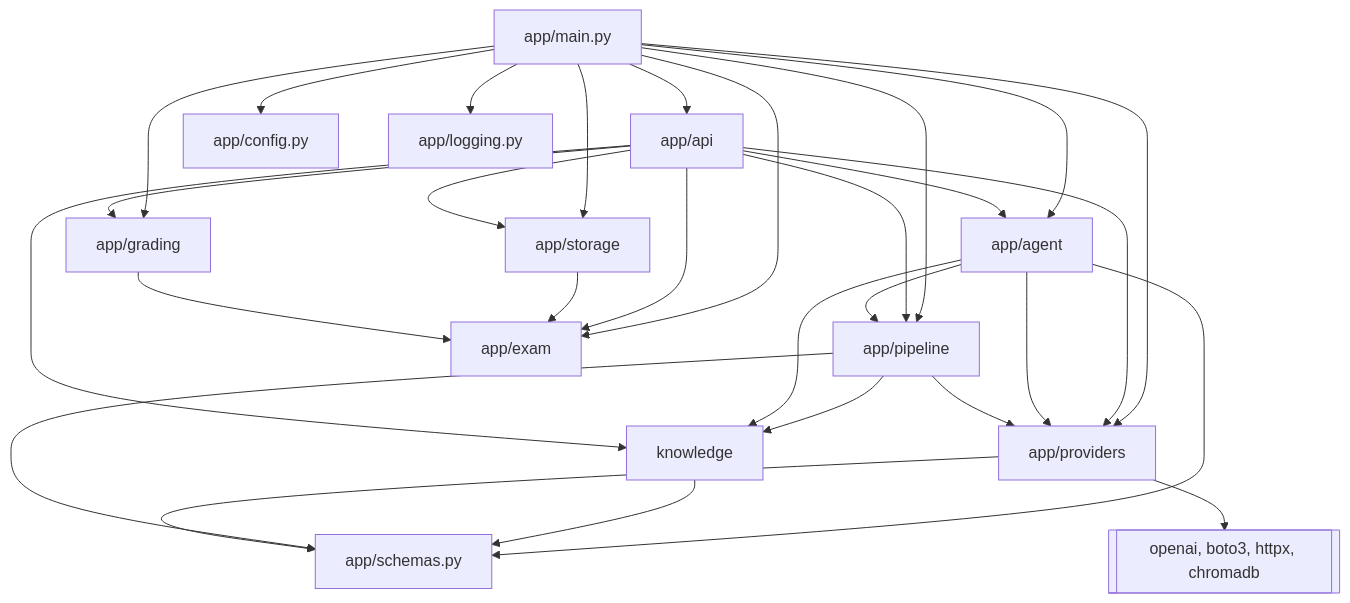
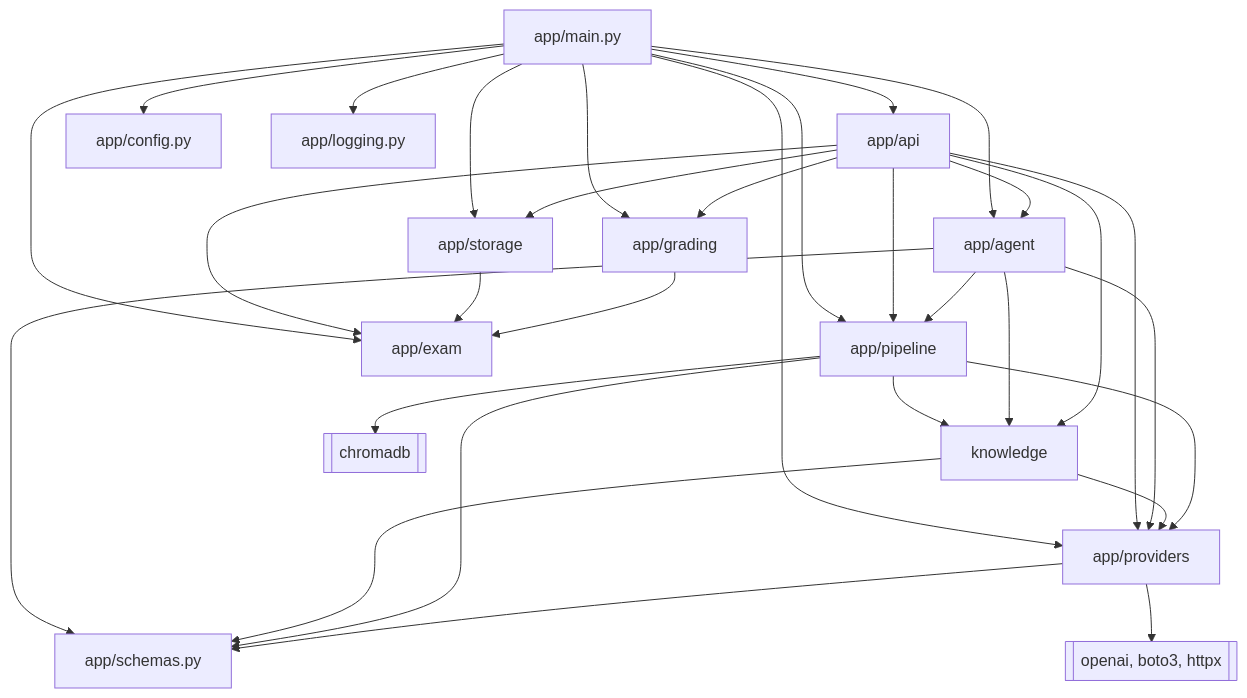
The second of 7 diagrams in docs/architecture.md (monitus2022/owl-online), drawn with Mermaid before and after one commit. The commit also changed other lines of this file and 13 other files, not shown here.

````diff
--- a/docs/architecture.md
+++ b/docs/architecture.md
@@ -181,31 +182,33 @@
 ```mermaid
 flowchart TD
   main[app/main.py] --> api[app/api]
   main --> agent[app/agent]
   main --> pipeline[app/pipeline]
   main --> providers[app/providers]
   main --> storage[app/storage]
   main --> exam[app/exam]
   main --> grading[app/grading]
   main --> config[app/config.py]
   main --> log[app/logging.py]
   api --> agent
   api --> pipeline
   api --> providers
   api --> storage
   api --> exam
   api --> grading
   agent --> pipeline
   pipeline --> knowledge
   agent --> knowledge
   api --> knowledge
   agent --> providers
   agent --> schemas
+  knowledge --> providers
   knowledge --> schemas
   pipeline --> providers
   pipeline --> schemas[app/schemas.py]
   providers --> schemas
   storage --> exam
   grading --> exam
-  providers --> sdk[[openai, boto3, httpx, chromadb]]
+  providers --> sdks[[openai, boto3, httpx]]
+  pipeline --> chromadb[[chromadb]]
 ```
````
